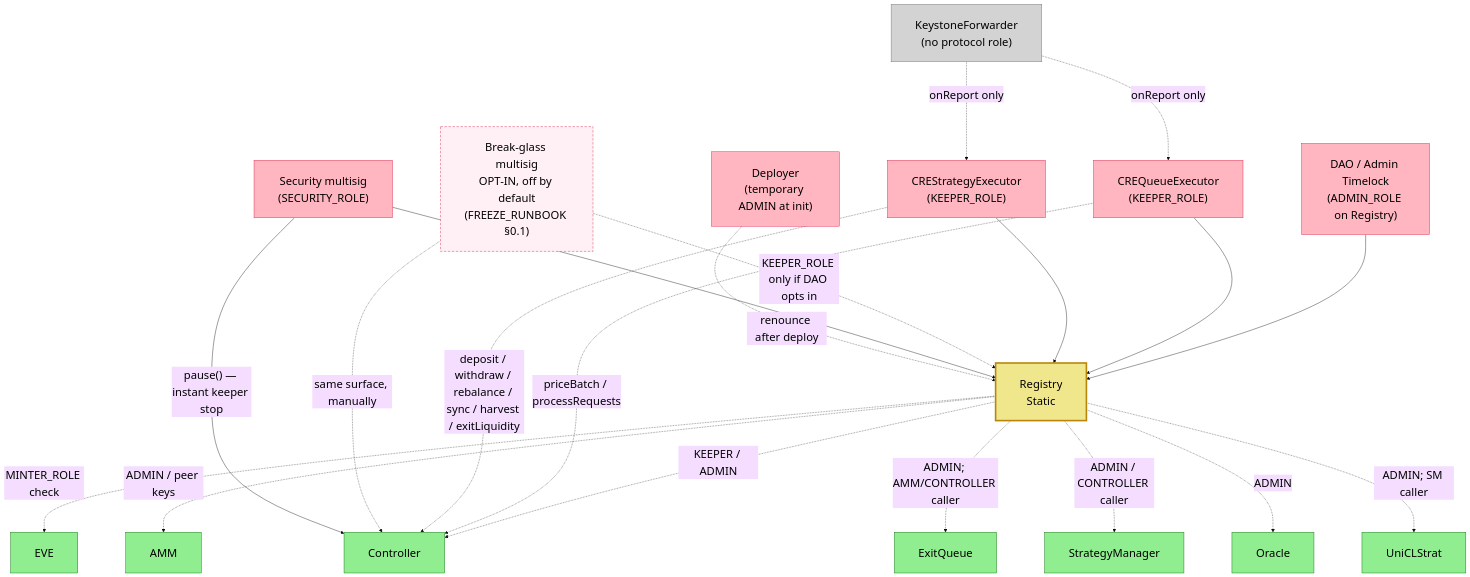
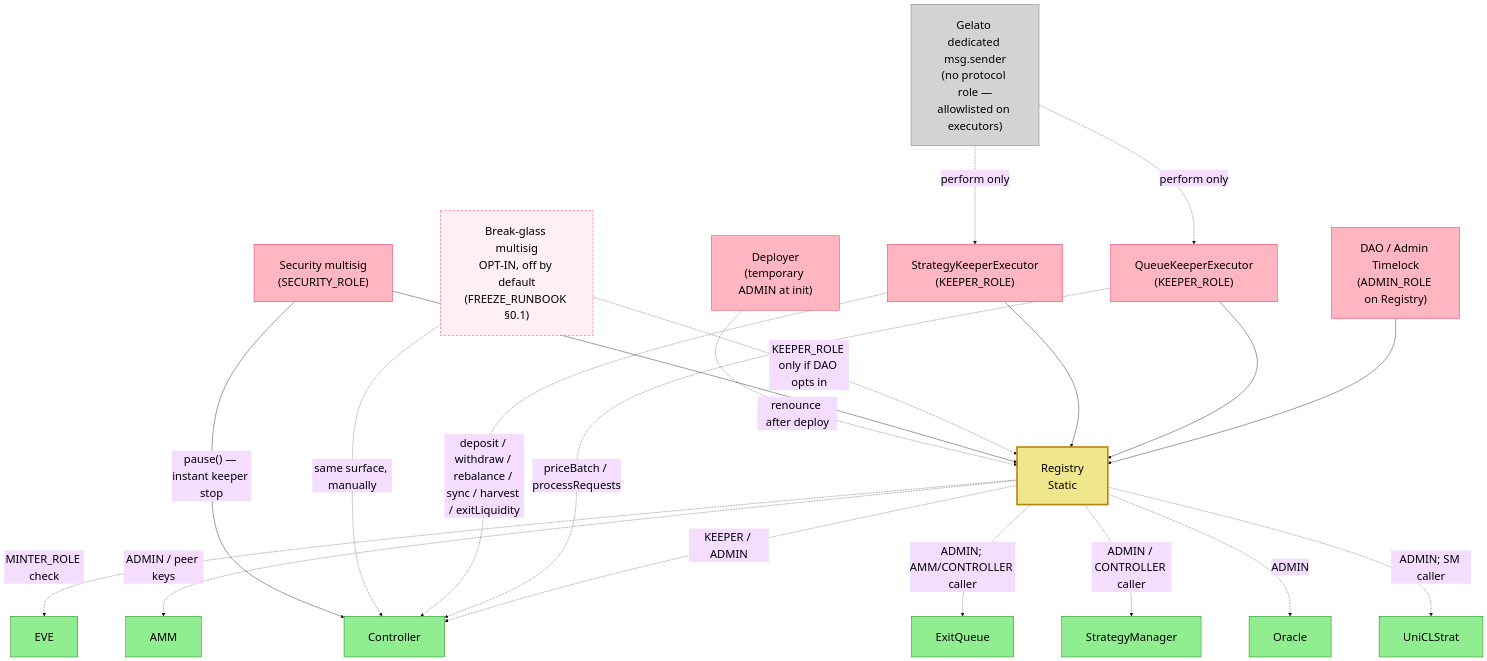
Before and after one commit to everstrat-xyz/contracts: the diagram in mermaid/access-control-diagram.md, drawn with Mermaid. The commit also changed other lines of this file and 36 other files, not shown here.

First line of the commit message:
Migrate keeper executors from Chainlink CRE to Gelato

````diff
--- a/mermaid/access-control-diagram.md
+++ b/mermaid/access-control-diagram.md
@@ -7,54 +7,54 @@
 ```mermaid
 %%{init: {'theme':'base', 'themeVariables': { 'fontSize': '28px', 'primaryTextColor': '#000000'}, 'flowchart': {'nodeSpacing': 120, 'rankSpacing': 120, 'padding': 30}}}%%
 graph TB
     DAO["DAO / Admin Timelock<br/>(ADMIN_ROLE on Registry)"]
-    CREQueue["CREQueueExecutor<br/>(KEEPER_ROLE)"]
-    CREStrategy["CREStrategyExecutor<br/>(KEEPER_ROLE)"]
+    QueueKeeper["QueueKeeperExecutor<br/>(KEEPER_ROLE)"]
+    StrategyKeeper["StrategyKeeperExecutor<br/>(KEEPER_ROLE)"]
     BreakGlass["Break-glass multisig<br/>OPT-IN, off by default<br/>(FREEZE_RUNBOOK §0.1)"]
     Security["Security multisig<br/>(SECURITY_ROLE)"]
     Deployer["Deployer<br/>(temporary ADMIN at init)"]
-    Keystone["KeystoneForwarder<br/>(no protocol role)"]
+    Gelato["Gelato dedicated msg.sender<br/>(no protocol role —<br/>allowlisted on executors)"]
     
     Registry["Registry<br/>Static"]
     
     EVE["EVE"]
     AMM["AMM"]
     Controller["Controller"]
     ExitQueue["ExitQueue"]
     StrategyManager["StrategyManager"]
     Oracle["Oracle"]
     UniCLStrat["UniCLStrat"]
     
     DAO --> Registry
-    CREQueue --> Registry
-    CREStrategy --> Registry
+    QueueKeeper --> Registry
+    StrategyKeeper --> Registry
     BreakGlass -.->|"KEEPER_ROLE only if DAO opts in"| Registry
     Security --> Registry
     Deployer -.->|"renounce after deploy"| Registry
-    Keystone -.->|"onReport only"| CREQueue
-    Keystone -.->|"onReport only"| CREStrategy
+    Gelato -.->|"perform only"| QueueKeeper
+    Gelato -.->|"perform only"| StrategyKeeper
     
     Registry -.->|"MINTER_ROLE check"| EVE
     Registry -.->|"ADMIN / peer keys"| AMM
     Registry -.->|"KEEPER / ADMIN"| Controller
     Registry -.->|"ADMIN; AMM/CONTROLLER caller"| ExitQueue
     Registry -.->|"ADMIN / CONTROLLER caller"| StrategyManager
     Registry -.->|"ADMIN"| Oracle
     Registry -.->|"ADMIN; SM caller"| UniCLStrat
-    CREQueue -.->|"priceBatch / processRequests"| Controller
-    CREStrategy -.->|"deposit / withdraw / rebalance / sync / harvest / exitLiquidity"| Controller
+    QueueKeeper -.->|"priceBatch / processRequests"| Controller
+    StrategyKeeper -.->|"deposit / withdraw / rebalance / sync / harvest / exitLiquidity"| Controller
     BreakGlass -.->|"same surface, manually"| Controller
     Security -->|"pause() — instant keeper stop"| Controller
     
     classDef role fill:#FFB6C1,stroke:#DC143C
     classDef optin fill:#FFF0F5,stroke:#DC143C,stroke-dasharray: 6 4
     classDef hub fill:#F0E68C,stroke:#B8860B,stroke-width:4px
     classDef contract fill:#90EE90,stroke:#006400
     classDef external fill:#D3D3D3,stroke:#696969
     
-    class DAO,CREQueue,CREStrategy,Security,Deployer role
+    class DAO,QueueKeeper,StrategyKeeper,Security,Deployer role
     class BreakGlass optin
     class Registry hub
     class EVE,AMM,Controller,ExitQueue,StrategyManager,Oracle,UniCLStrat contract
-    class Keystone external
+    class Gelato external
 ```
````
